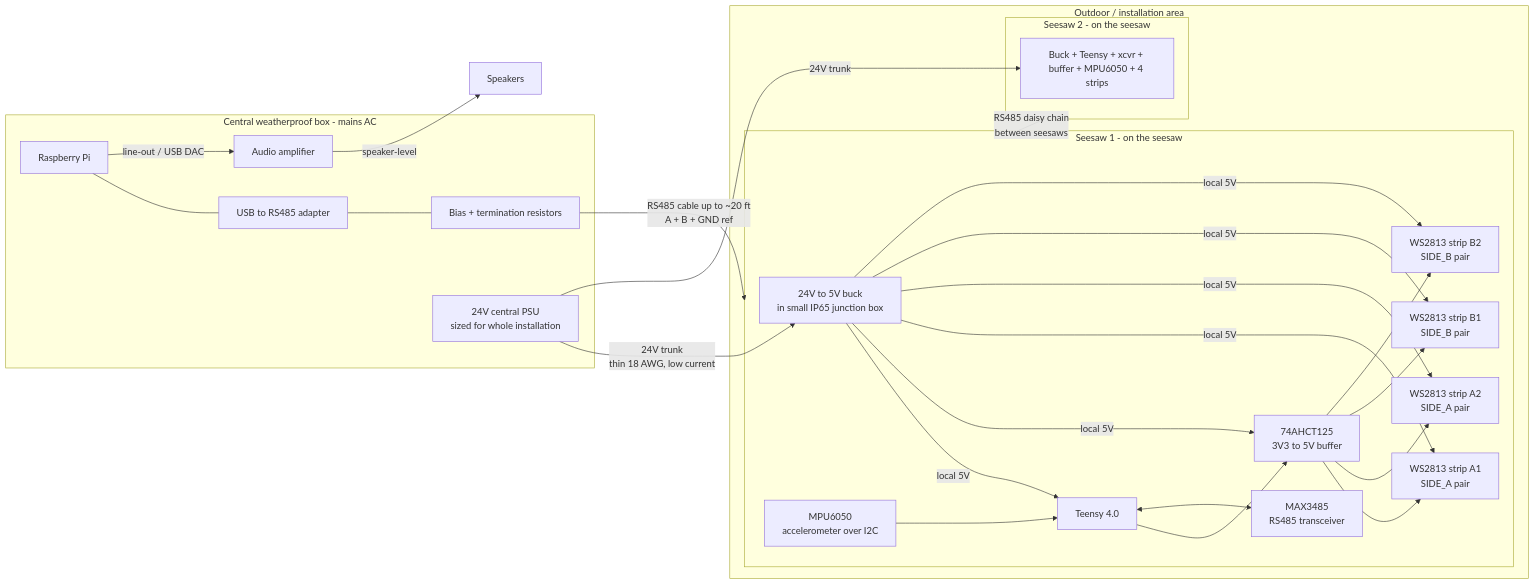
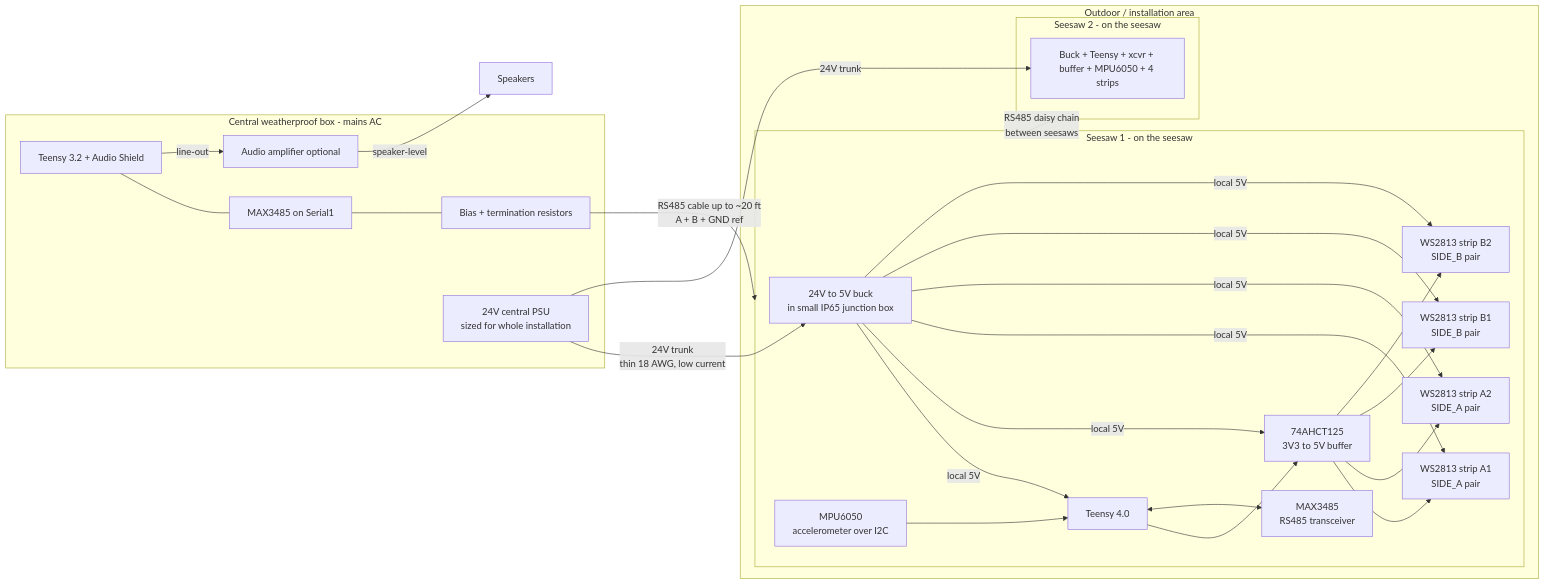
Before and after one commit to walkerkaiman/Seesaws: the first of 3 diagrams in README.md, drawn with Mermaid. The commit also changed other lines of this file and 13 other files, not shown here.

````diff
--- a/README.md
+++ b/README.md
@@ -9,49 +9,49 @@
 ```mermaid
 flowchart LR
     subgraph Central [Central weatherproof box - mains AC]
-        Pi[Raspberry Pi]
-        Adapter[USB to RS485 adapter]
+        TAudio[Teensy 3.2 + Audio Shield]
+        XCVR[MAX3485 on Serial1]
         TermBias[Bias + termination resistors]
-        Amp[Audio amplifier]
+        Amp[Audio amplifier optional]
         PSU24[24V central PSU<br/>sized for whole installation]
-        Pi --- Adapter --- TermBias
-        Pi -->|"line-out / USB DAC"| Amp
+        TAudio --- XCVR --- TermBias
+        TAudio -->|"line-out"| Amp
     end
 
     subgraph Field [Outdoor / installation area]
         subgraph SS1 [Seesaw 1 - on the seesaw]
             Buck1[24V to 5V buck<br/>in small IP65 junction box]
             T1[Teensy 4.0]
             X1[MAX3485<br/>RS485 transceiver]
             L1[74AHCT125<br/>3V3 to 5V buffer]
             B1[MPU6050<br/>accelerometer over I2C]
             D1a1[WS2813 strip A1<br/>SIDE_A pair]
             D1a2[WS2813 strip A2<br/>SIDE_A pair]
             D1b1[WS2813 strip B1<br/>SIDE_B pair]
             D1b2[WS2813 strip B2<br/>SIDE_B pair]
             Buck1 -->|"local 5V"| T1
             Buck1 -->|"local 5V"| L1
             Buck1 -->|"local 5V"| D1a1
             Buck1 -->|"local 5V"| D1a2
             Buck1 -->|"local 5V"| D1b1
             Buck1 -->|"local 5V"| D1b2
         end
         subgraph SS2 [Seesaw 2 - on the seesaw]
             Buck2[Buck + Teensy + xcvr + buffer + MPU6050 + 4 strips]
         end
     end
 
     PSU24 -->|"24V trunk<br/>thin 18 AWG, low current"| Buck1
     PSU24 -->|"24V trunk"| Buck2
     TermBias -->|"RS485 cable up to ~20 ft<br/>A + B + GND ref"| SS1
     SS1 ---|"RS485 daisy chain<br/>between seesaws"| SS2
 
     B1 --> T1
     T1 --> L1
     L1 --> D1a1
     L1 --> D1a2
     L1 --> D1b1
     L1 --> D1b2
     T1 <--> X1
     Amp -->|"speaker-level"| Speakers
 ```
````
